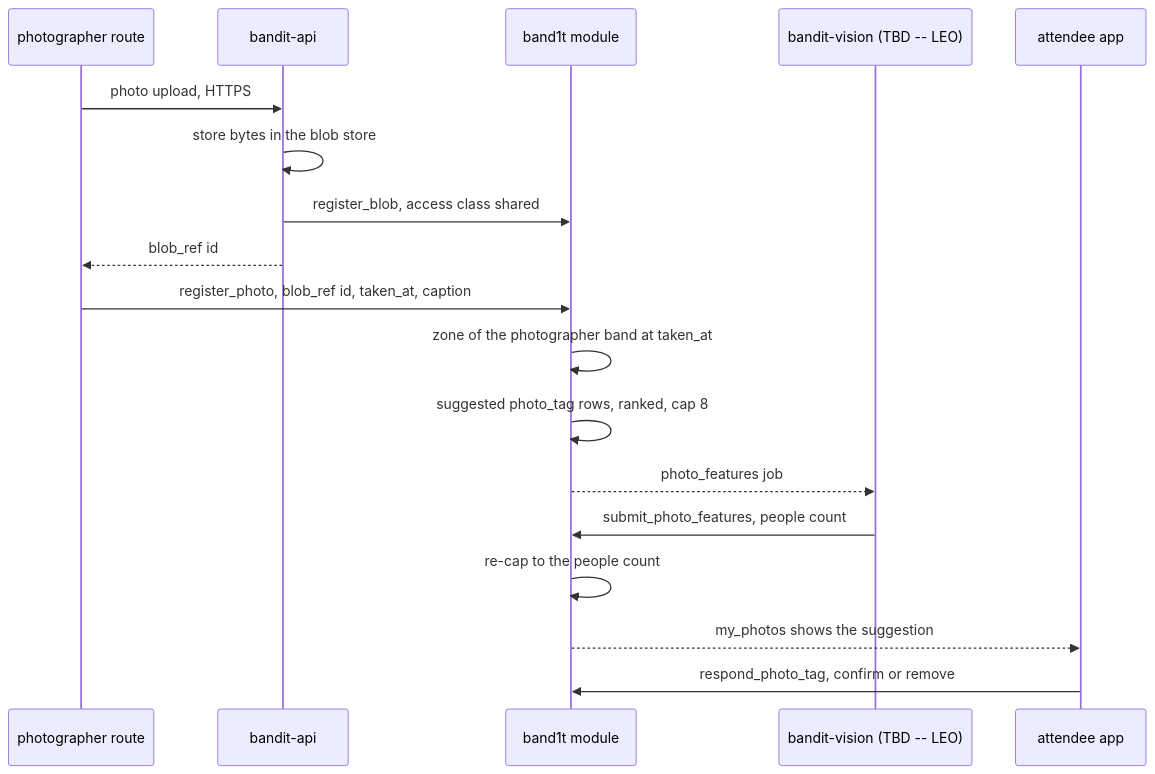
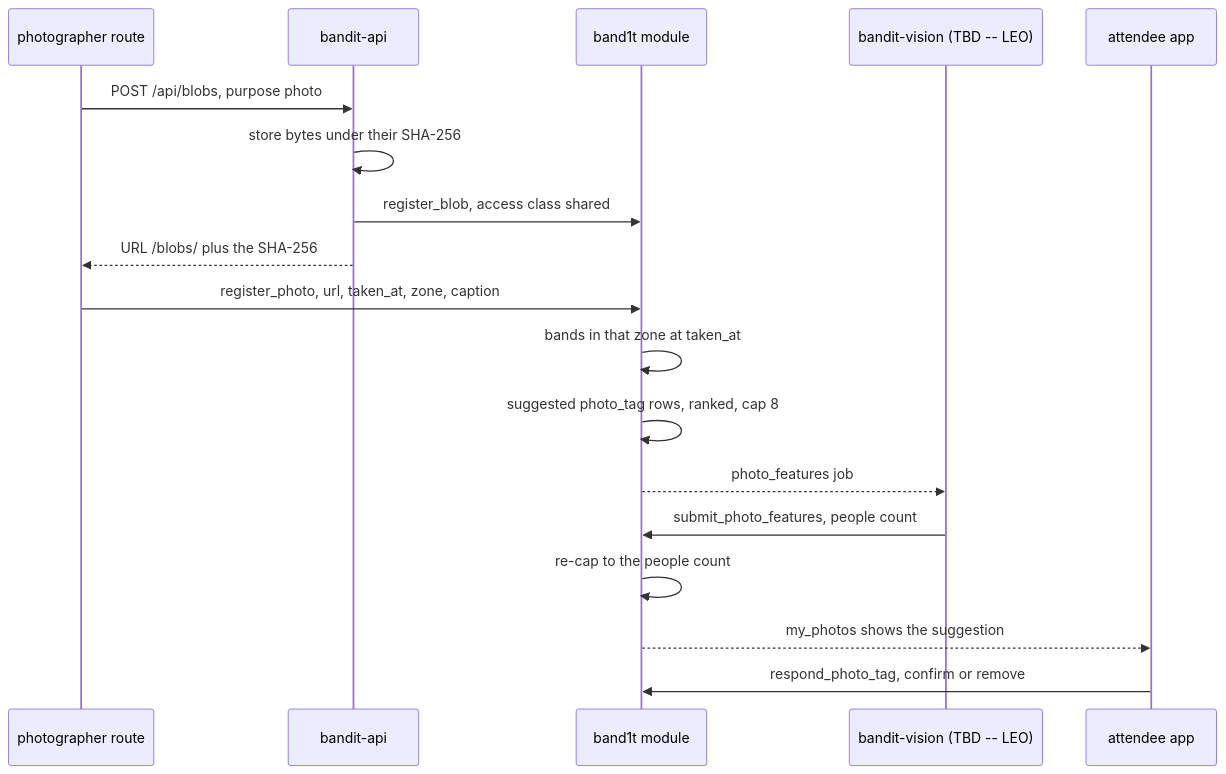
One commit to viktorinkov/cal-hacks-13 changed the third of 3 diagrams in System Design/6-features/Social.md. Above: the diagram before and after it, drawn with Mermaid. The commit also changed other lines of this file and 19 other files, not shown here.

````diff
--- a/System Design/6-features/Social.md
+++ b/System Design/6-features/Social.md
@@ -163,20 +180,20 @@
 ```mermaid
 sequenceDiagram
     participant PH as photographer route
     participant API as bandit-api
     participant M as band1t module
     participant V as bandit-vision (TBD -- LEO)
     participant AT as attendee app
-    PH->>API: photo upload, HTTPS
-    API->>API: store bytes in the blob store
+    PH->>API: POST /api/blobs, purpose photo
+    API->>API: store bytes under their SHA-256
     API->>M: register_blob, access class shared
-    API-->>PH: blob_ref id
-    PH->>M: register_photo, blob_ref id, taken_at, caption
-    M->>M: zone of the photographer band at taken_at
+    API-->>PH: URL /blobs/ plus the SHA-256
+    PH->>M: register_photo, url, taken_at, zone, caption
+    M->>M: bands in that zone at taken_at
     M->>M: suggested photo_tag rows, ranked, cap 8
     M-->>V: photo_features job
     V->>M: submit_photo_features, people count
     M->>M: re-cap to the people count
     M-->>AT: my_photos shows the suggestion
     AT->>M: respond_photo_tag, confirm or remove
 ```
````
